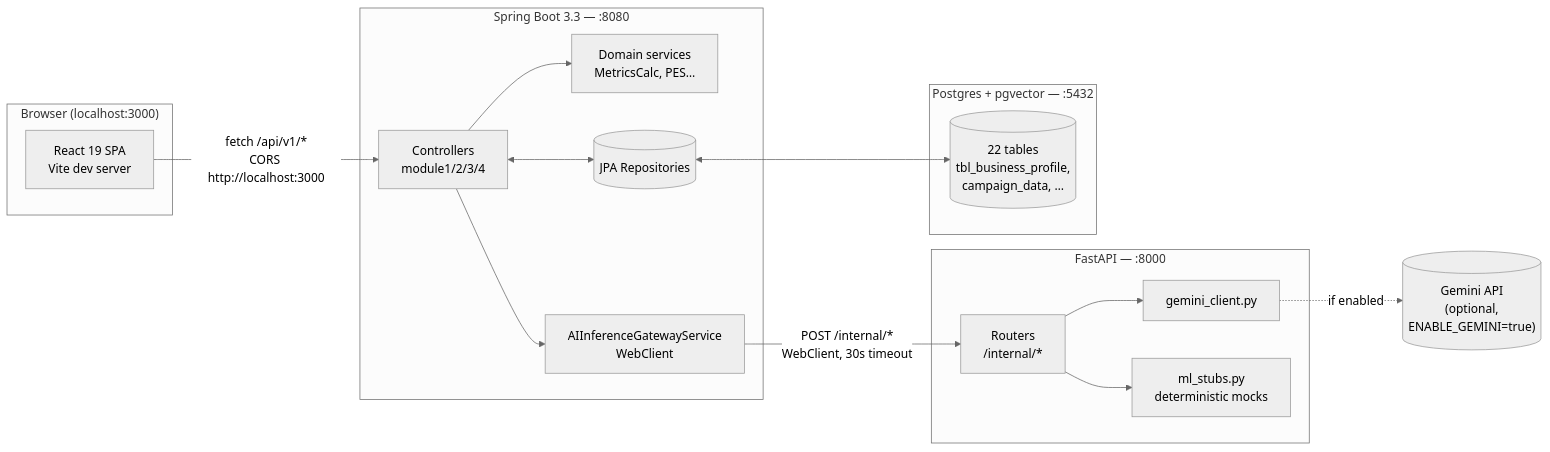
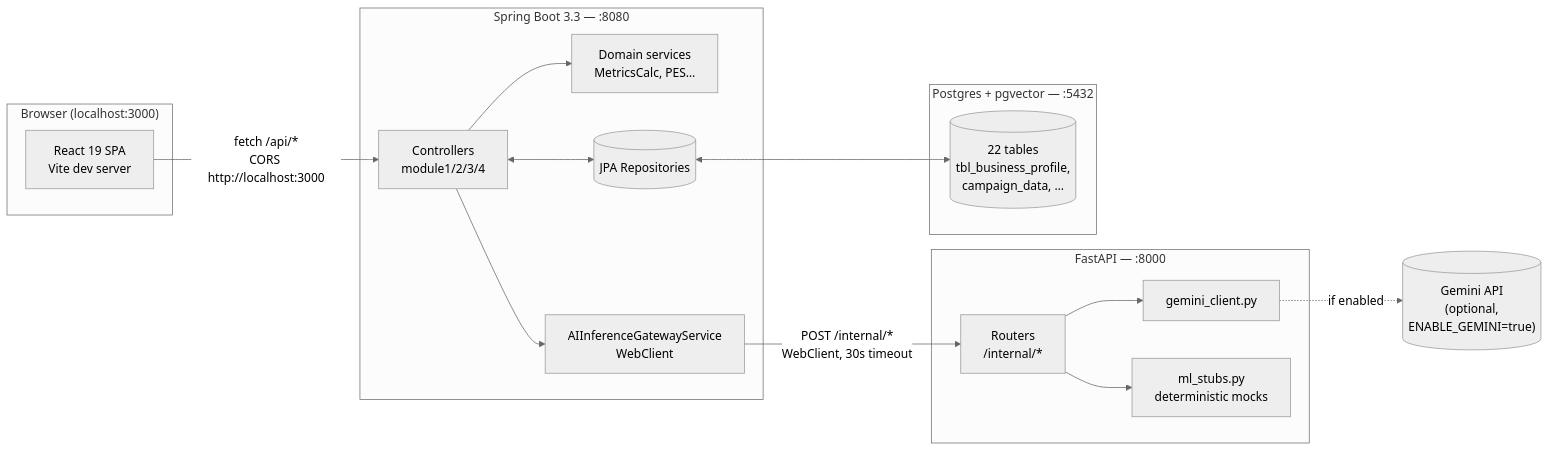
The first of 9 diagrams in ARCHITECTURE.md (SherieHub/CeView), drawn with Mermaid (neutral theme) before and after one commit. The commit also changed other lines of this file and 348 other files, not shown here.

````diff
--- a/ARCHITECTURE.md
+++ b/ARCHITECTURE.md
@@ -9,35 +9,35 @@
 ```mermaid
 flowchart LR
     subgraph Browser["Browser (localhost:3000)"]
         UI[React 19 SPA<br/>Vite dev server]
     end
 
     subgraph SpringBoot["Spring Boot 3.3 — :8080"]
         Ctrl[Controllers<br/>module1/2/3/4]
         Svc[Domain services<br/>MetricsCalc, PES…]
         AIGW[AIInferenceGatewayService<br/>WebClient]
         JPA[(JPA Repositories)]
     end
 
     subgraph FastAPI["FastAPI — :8000"]
         Router[Routers<br/>/internal/*]
         Gemini[gemini_client.py]
         Stubs[ml_stubs.py<br/>deterministic mocks]
     end
 
     subgraph PG["Postgres + pgvector — :5432"]
         Tables[(22 tables<br/>tbl_business_profile,<br/>campaign_data, …)]
     end
 
     External[("Gemini API<br/>(optional,<br/>ENABLE_GEMINI=true)")]
 
-    UI -- "fetch /api/v1/*<br/>CORS http://localhost:3000" --> Ctrl
+    UI -- "fetch /api/*<br/>CORS http://localhost:3000" --> Ctrl
     Ctrl --> Svc
     Ctrl --> AIGW
     Ctrl <--> JPA
     JPA <--> Tables
     AIGW -- "POST /internal/*<br/>WebClient, 30s timeout" --> Router
     Router --> Gemini
     Router --> Stubs
     Gemini -. "if enabled" .-> External
 ```
````
